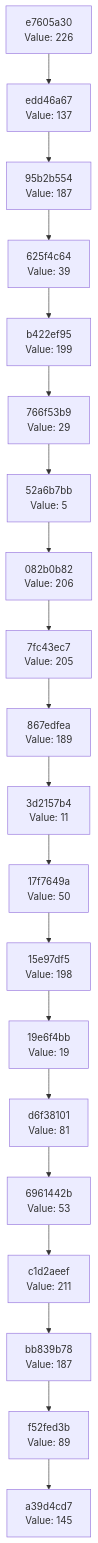
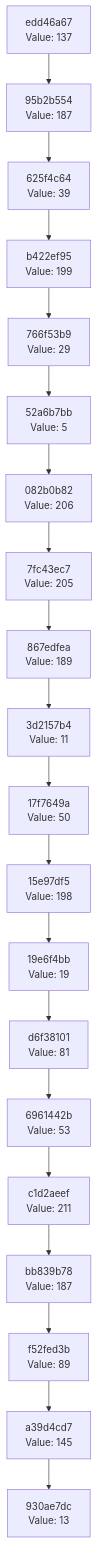
The diagram in docs/CHAIN_VISUALIZATION.md (Abhisheksinha1506/hash-chain-evolver), drawn with Mermaid before and after one commit. The commit also changed 2 other files, not shown here.

Commit message:
Evolution Step

````diff
--- a/docs/CHAIN_VISUALIZATION.md
+++ b/docs/CHAIN_VISUALIZATION.md
@@ -3,42 +3,42 @@
 ```mermaid
 graph TD
-    C0["a39d4cd7<br/>Value: 145"]
-    C1["f52fed3b<br/>Value: 89"]
+    C0["930ae7dc<br/>Value: 13"]
+    C1["a39d4cd7<br/>Value: 145"]
     C1 --> C0
-    C2["bb839b78<br/>Value: 187"]
+    C2["f52fed3b<br/>Value: 89"]
     C2 --> C1
-    C3["c1d2aeef<br/>Value: 211"]
+    C3["bb839b78<br/>Value: 187"]
     C3 --> C2
-    C4["6961442b<br/>Value: 53"]
+    C4["c1d2aeef<br/>Value: 211"]
     C4 --> C3
-    C5["d6f38101<br/>Value: 81"]
+    C5["6961442b<br/>Value: 53"]
     C5 --> C4
-    C6["19e6f4bb<br/>Value: 19"]
+    C6["d6f38101<br/>Value: 81"]
     C6 --> C5
-    C7["15e97df5<br/>Value: 198"]
+    C7["19e6f4bb<br/>Value: 19"]
     C7 --> C6
-    C8["17f7649a<br/>Value: 50"]
+    C8["15e97df5<br/>Value: 198"]
     C8 --> C7
-    C9["3d2157b4<br/>Value: 11"]
+    C9["17f7649a<br/>Value: 50"]
     C9 --> C8
-    C10["867edfea<br/>Value: 189"]
+    C10["3d2157b4<br/>Value: 11"]
     C10 --> C9
-    C11["7fc43ec7<br/>Value: 205"]
+    C11["867edfea<br/>Value: 189"]
     C11 --> C10
-    C12["082b0b82<br/>Value: 206"]
+    C12["7fc43ec7<br/>Value: 205"]
     C12 --> C11
-    C13["52a6b7bb<br/>Value: 5"]
+    C13["082b0b82<br/>Value: 206"]
     C13 --> C12
-    C14["766f53b9<br/>Value: 29"]
+    C14["52a6b7bb<br/>Value: 5"]
     C14 --> C13
-    C15["b422ef95<br/>Value: 199"]
+    C15["766f53b9<br/>Value: 29"]
     C15 --> C14
-    C16["625f4c64<br/>Value: 39"]
+    C16["b422ef95<br/>Value: 199"]
     C16 --> C15
-    C17["95b2b554<br/>Value: 187"]
+    C17["625f4c64<br/>Value: 39"]
     C17 --> C16
-    C18["edd46a67<br/>Value: 137"]
+    C18["95b2b554<br/>Value: 187"]
     C18 --> C17
-    C19["e7605a30<br/>Value: 226"]
+    C19["edd46a67<br/>Value: 137"]
     C19 --> C18
 ```
````
